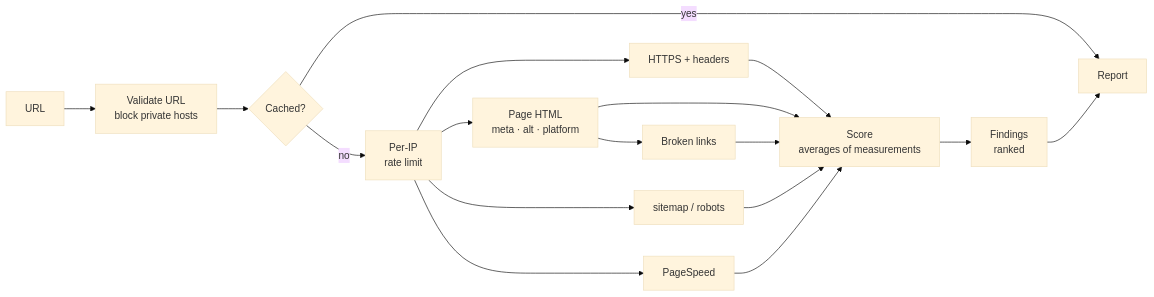
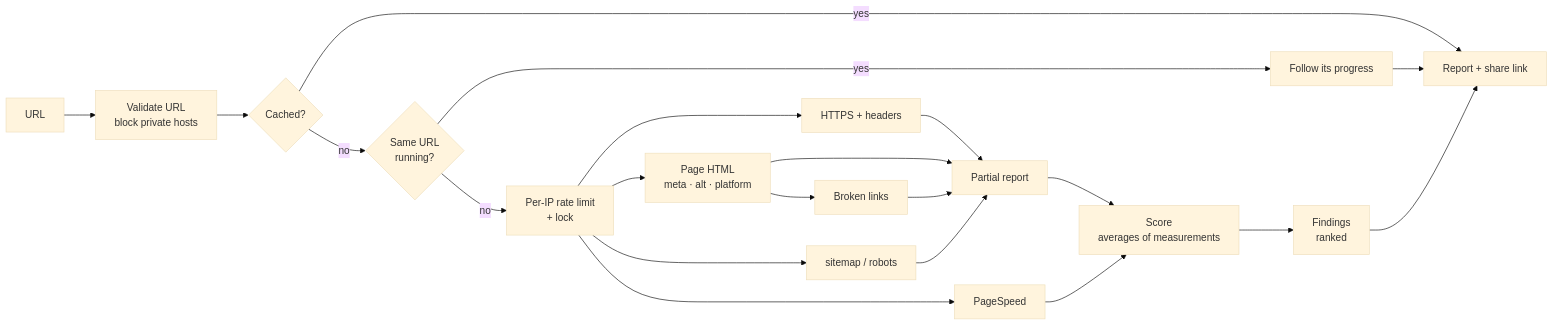
Before and after one commit to leodds21/Website-reviewer: the diagram in README.md, drawn with Mermaid (base theme). The commit also changed other lines of this file, not shown here.

Commit message:
Project overview, live demo and setup

````diff
--- a/README.md
+++ b/README.md
@@ -42,15 +44,19 @@
 ```mermaid
 flowchart LR
     U[URL] --> V[Validate URL<br/>block private hosts]
     V --> C{Cached?}
     C -- yes --> R
-    C -- no --> L[Per-IP<br/>rate limit]
+    C -- no --> I{Same URL<br/>running?}
+    I -- yes --> W[Follow its progress]
+    W --> R
+    I -- no --> L[Per-IP rate limit<br/>+ lock]
     L --> H[HTTPS + headers]
     L --> P[Page HTML<br/>meta · alt · platform]
     P --> K[Broken links]
     L --> S[sitemap / robots]
     L --> G[PageSpeed]
-    H & P & K & S & G --> SC[Score<br/>averages of measurements]
+    H & P & K & S --> PR[Partial report]
+    PR & G --> SC[Score<br/>averages of measurements]
     SC --> F[Findings<br/>ranked]
-    F --> R[Report]
+    F --> R[Report + share link]
 ```
````
